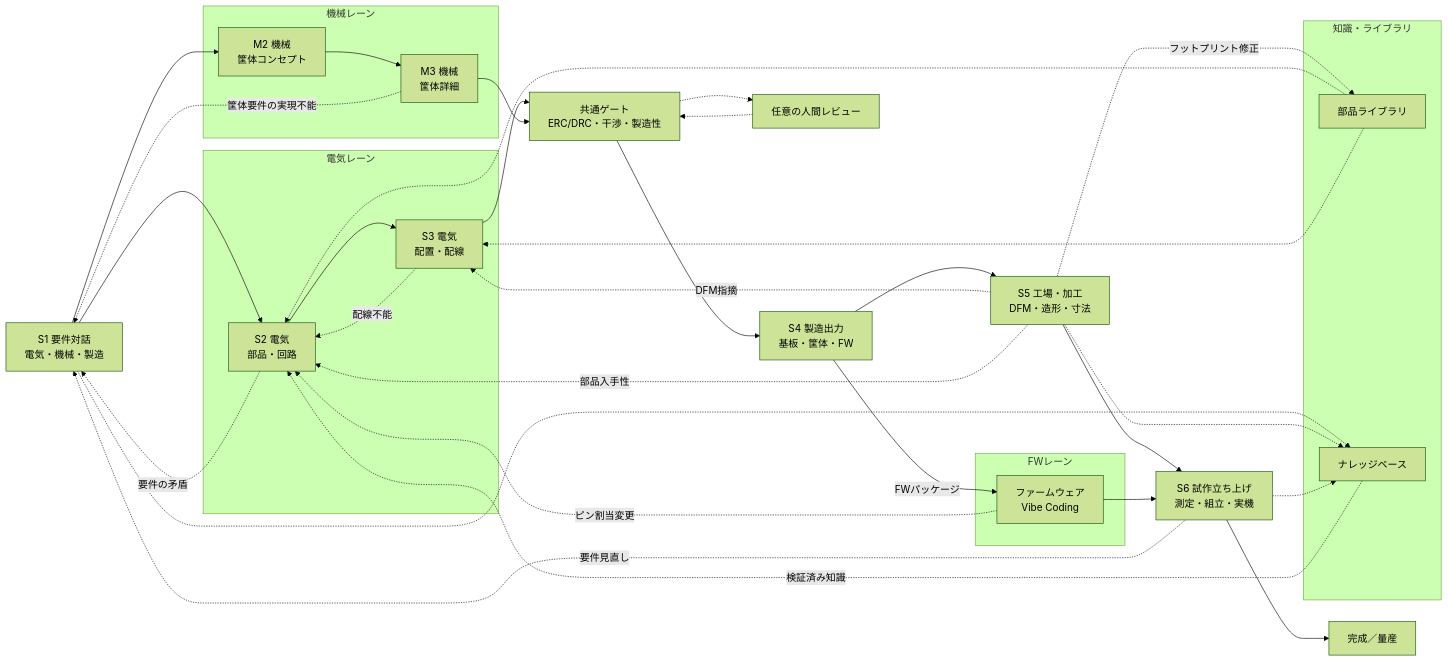
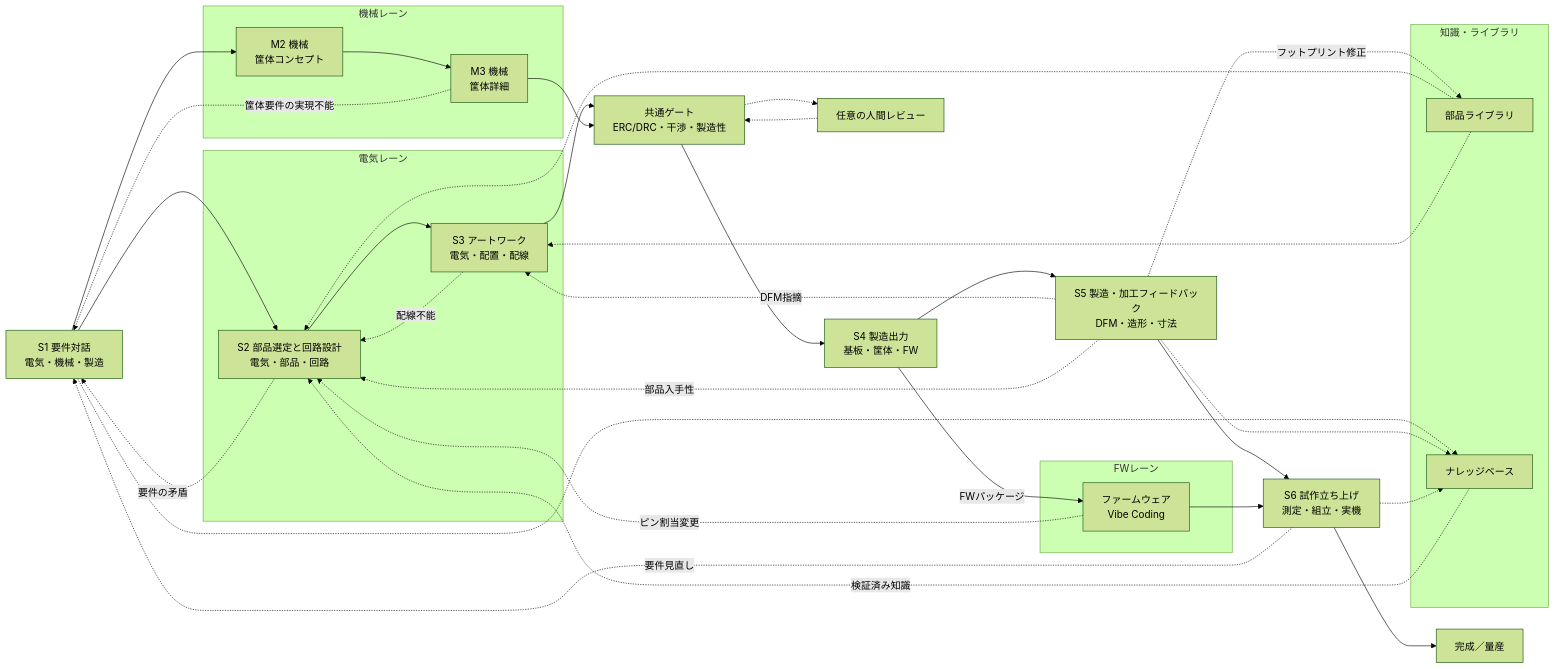
One commit to uist1idrju3i/acd-agent changed the diagram in README.md. Above: the diagram before and after it, drawn with Mermaid (forest theme). The commit also changed 3 other files, not shown here.

````diff
--- a/README.md
+++ b/README.md
@@ -102,47 +102,47 @@
 ```mermaid
 flowchart LR
     S1["S1 要件対話<br/>電気・機械・製造"]
     subgraph ELEC["電気レーン"]
-        E2["S2 電気<br/>部品・回路"]
-        E3["S3 電気<br/>配置・配線"]
+        E2["S2 部品選定と回路設計<br/>電気・部品・回路"]
+        E3["S3 アートワーク<br/>電気・配置・配線"]
     end
     subgraph MECH["機械レーン"]
         M2["M2 機械<br/>筐体コンセプト"]
         M3["M3 機械<br/>筐体詳細"]
     end
     subgraph FWLANE["FWレーン"]
         FW["ファームウェア<br/>Vibe Coding"]
     end
     subgraph KNOW["知識・ライブラリ"]
         LIB["部品ライブラリ"]
         KB["ナレッジベース"]
     end
     S1 --> E2
     S1 --> M2
     E2 --> E3
     M2 --> M3
     E3 --> G["共通ゲート<br/>ERC/DRC・干渉・製造性"]
     M3 --> G
     G --> S4["S4 製造出力<br/>基板・筐体・FW"]
-    S4 --> S5["S5 工場・加工<br/>DFM・造形・寸法"]
+    S4 --> S5["S5 製造・加工フィードバック<br/>DFM・造形・寸法"]
     S5 --> S6["S6 試作立ち上げ<br/>測定・組立・実機"]
     S6 --> DONE["完成／量産"]
     S4 -->|FWパッケージ| FW
     FW --> S6
     LIB -.-> E2
     LIB -.-> E3
     G -.-> HR["任意の人間レビュー"]
     HR -.-> G
     E2 -.->|要件の矛盾| S1
     E3 -.->|配線不能| E2
     M3 -.->|筐体要件の実現不能| S1
     S5 -.->|DFM指摘| E3
     S5 -.->|部品入手性| E2
     S5 -.->|フットプリント修正| LIB
     FW -.->|ピン割当変更| E2
     S6 -.->|要件見直し| S1
     S1 -.-> KB
     S5 -.-> KB
     S6 -.-> KB
     KB -.->|検証済み知識| E2
 ```
````
